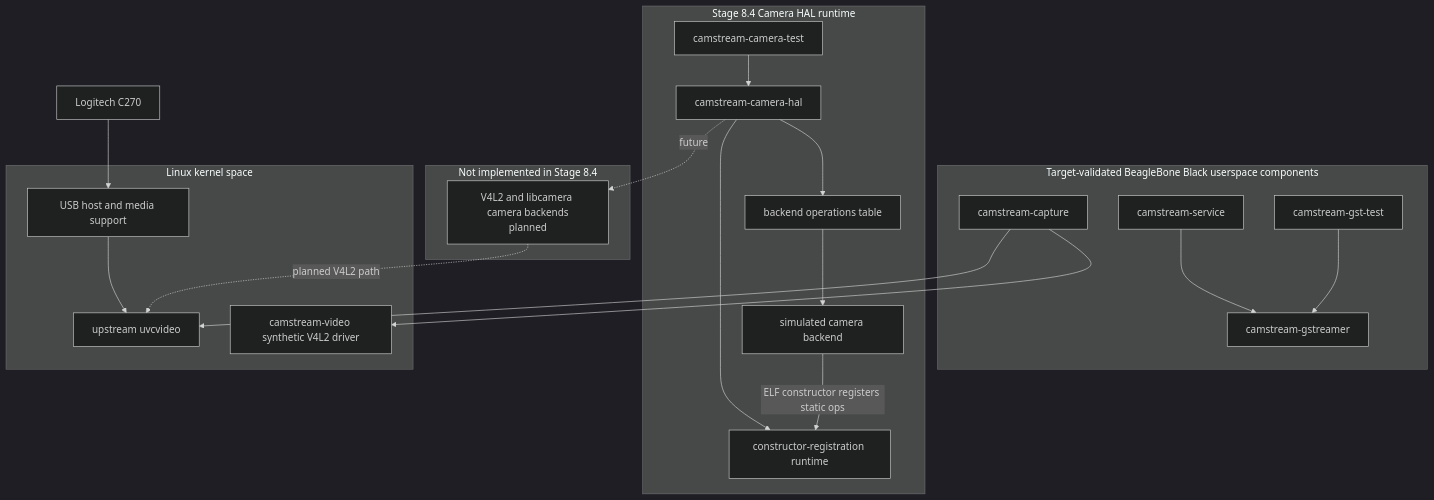
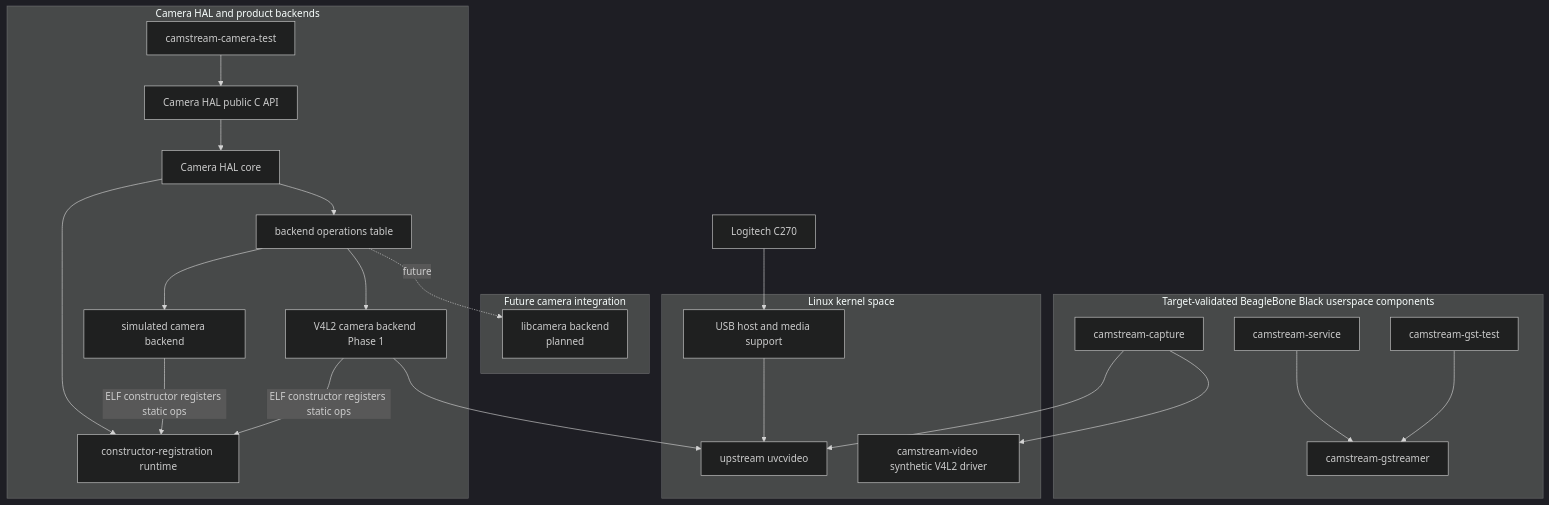
One commit to tungnhs2014/camstream-control changed the second of 2 diagrams in docs/architecture/system-overview.md. Above: the diagram before and after it, drawn with Mermaid (dark theme). The commit also changed other lines of this file and 35 other files, not shown here.

Commit message:
feat(camera): complete Stage 8.5 HAL architecture and V4L2 phase 1

````diff
--- a/docs/architecture/system-overview.md
+++ b/docs/architecture/system-overview.md
@@ -43,38 +44,42 @@
 ```mermaid
 flowchart TB
     subgraph TargetUserspace[Target-validated BeagleBone Black userspace components]
         Service[camstream-service]
         Capture[camstream-capture]
         GstTest[camstream-gst-test]
         GstLib[camstream-gstreamer]
     end
 
-    subgraph HalFoundation[Stage 8.4 Camera HAL runtime]
+    subgraph HalFoundation[Camera HAL and product backends]
         HalTest[camstream-camera-test]
-        HAL[camstream-camera-hal]
+        HAL[Camera HAL public C API]
+        Core[Camera HAL core]
         Runtime[constructor-registration runtime]
         Ops[backend operations table]
         Simulated[simulated camera backend]
+        V4l2Backend[V4L2 camera backend Phase 1]
     end
 
-    subgraph Planned[Not implemented in Stage 8.4]
-        FutureBackends["V4L2 and libcamera camera backends<br/>planned"]
+    subgraph Planned[Future camera integration]
+        FutureBackend["libcamera backend<br/>planned"]
     end
 
     subgraph Kernel[Linux kernel space]
         Uvc[upstream uvcvideo]
         Synthetic[camstream-video synthetic V4L2 driver]
         Usb[USB host and media support]
     end
 
     C270[Logitech C270] --> Usb --> Uvc
     Service --> GstLib
     GstTest --> GstLib
     Capture --> Uvc
     Capture --> Synthetic
-    HalTest --> HAL --> Ops --> Simulated
-    HAL --> Runtime
+    HalTest --> HAL --> Core --> Ops
+    Ops --> Simulated
+    Ops --> V4l2Backend --> Uvc
+    Core --> Runtime
     Simulated -->|ELF constructor registers static ops| Runtime
-    HAL -. future .-> FutureBackends
-    FutureBackends -. planned V4L2 path .-> Uvc
+    V4l2Backend -->|ELF constructor registers static ops| Runtime
+    Ops -. future .-> FutureBackend
 ```
````
